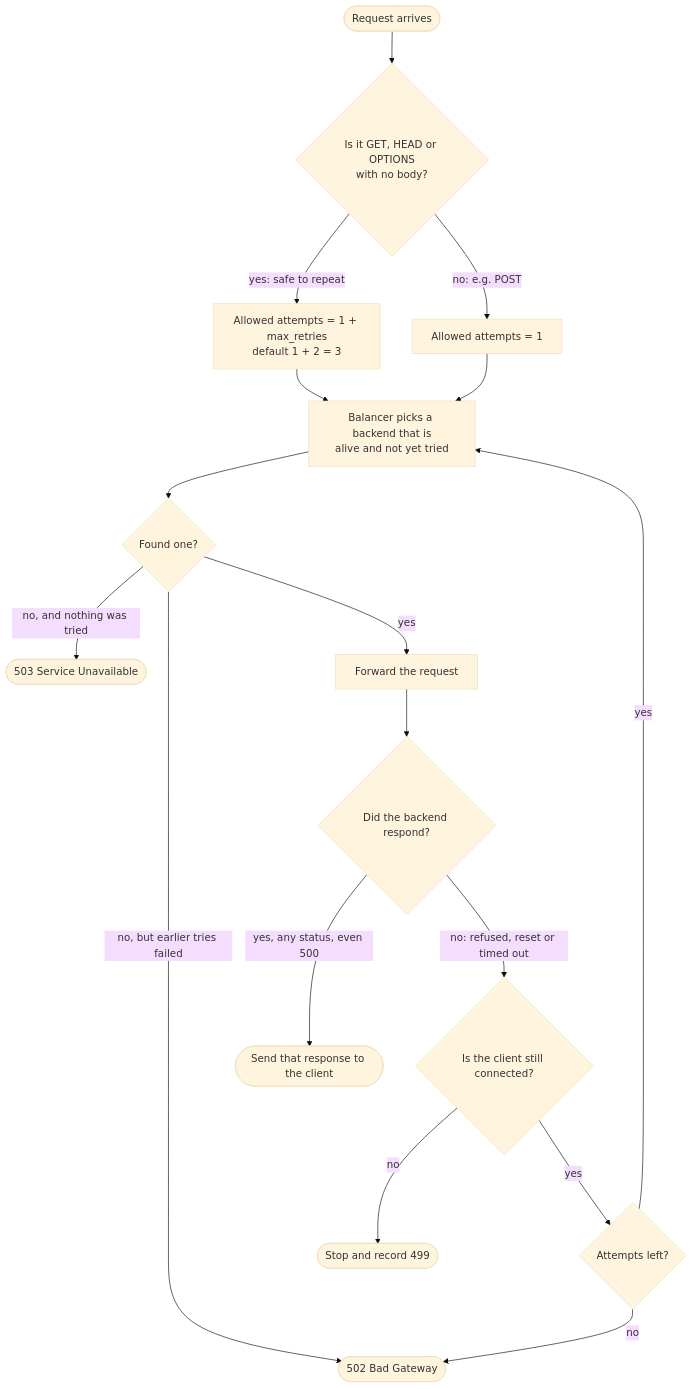
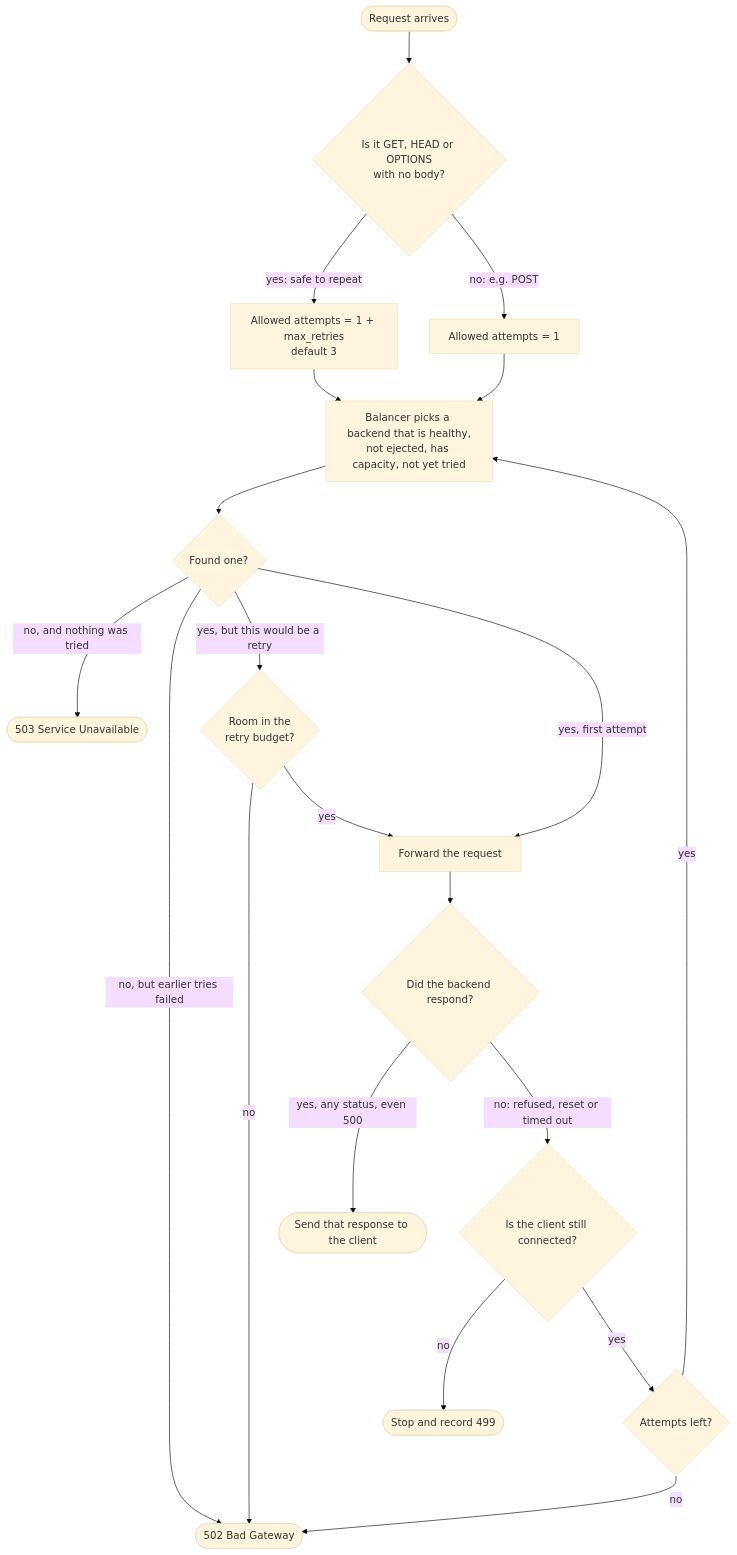
The seventh of 19 diagrams in README.md (pavanaditya123/edgeproxy), drawn with Mermaid (base theme) before and after one commit. The commit also changed other lines of this file, not shown here.

````diff
--- a/README.md
+++ b/README.md
@@ -297,19 +374,22 @@
 ```mermaid
 flowchart TD
     S(["Request arrives"]) --> R{"Is it GET, HEAD or OPTIONS<br/>with no body?"}
-    R -->|"yes: safe to repeat"| T1["Allowed attempts = 1 + max_retries<br/>default 1 + 2 = 3"]
+    R -->|"yes: safe to repeat"| T1["Allowed attempts = 1 + max_retries<br/>default 3"]
     R -->|"no: e.g. POST"| T2["Allowed attempts = 1"]
     T1 --> PICK
     T2 --> PICK
-    PICK["Balancer picks a backend that is<br/>alive and not yet tried"] --> F{"Found one?"}
+    PICK["Balancer picks a backend that is healthy,<br/>not ejected, has capacity, not yet tried"] --> F{"Found one?"}
     F -->|"no, and nothing was tried"| E503(["503 Service Unavailable"])
     F -->|"no, but earlier tries failed"| E502(["502 Bad Gateway"])
-    F -->|"yes"| SEND["Forward the request"]
+    F -->|"yes, but this would be a retry"| BUD{"Room in the<br/>retry budget?"}
+    BUD -->|"no"| E502
+    BUD -->|"yes"| SEND
+    F -->|"yes, first attempt"| SEND["Forward the request"]
     SEND --> OK{"Did the backend respond?"}
     OK -->|"yes, any status, even 500"| DONE(["Send that response to the client"])
     OK -->|"no: refused, reset or timed out"| CC{"Is the client still connected?"}
     CC -->|"no"| G499(["Stop and record 499"])
     CC -->|"yes"| MORE{"Attempts left?"}
     MORE -->|"yes"| PICK
     MORE -->|"no"| E502
 ```
````
